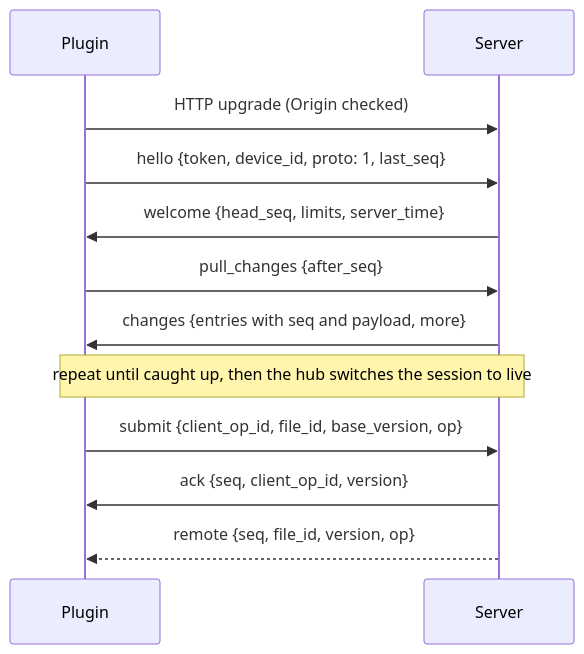
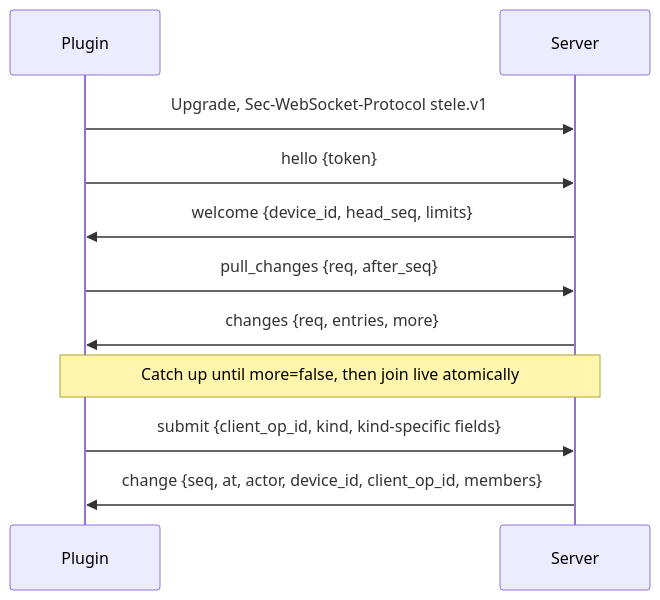
Before and after one commit to BarneyLaw/stele-sync: the second of 2 diagrams in architecture/obsync-single Architecture Specification.md, drawn with Mermaid. The commit also changed other lines of this file and 16 other files, not shown here.

Commit message:
docs(architecture): adopt M4 delivery contract and stele naming

````diff
--- a/architecture/obsync-single Architecture Specification.md
+++ b/architecture/obsync-single Architecture Specification.md
@@ -289,14 +293,13 @@
 ```mermaid
 sequenceDiagram
   participant C as Plugin
   participant S as Server
-  C->>S: HTTP upgrade (Origin checked)
-  C->>S: hello {token, device_id, proto: 1, last_seq}
-  S->>C: welcome {head_seq, limits, server_time}
-  C->>S: pull_changes {after_seq}
-  S->>C: changes {entries with seq and payload, more}
-  Note over C,S: repeat until caught up, then the hub switches the session to live
-  C->>S: submit {client_op_id, file_id, base_version, op}
-  S->>C: ack {seq, client_op_id, version}
-  S-->>C: remote {seq, file_id, version, op}
+  C->>S: Upgrade, Sec-WebSocket-Protocol stele.v1
+  C->>S: hello {token}
+  S->>C: welcome {device_id, head_seq, limits}
+  C->>S: pull_changes {req, after_seq}
+  S->>C: changes {req, entries, more}
+  Note over C,S: Catch up until more=false, then join live atomically
+  C->>S: submit {client_op_id, kind, kind-specific fields}
+  S->>C: change {seq, at, actor, device_id, client_op_id, members}
 ```
````
